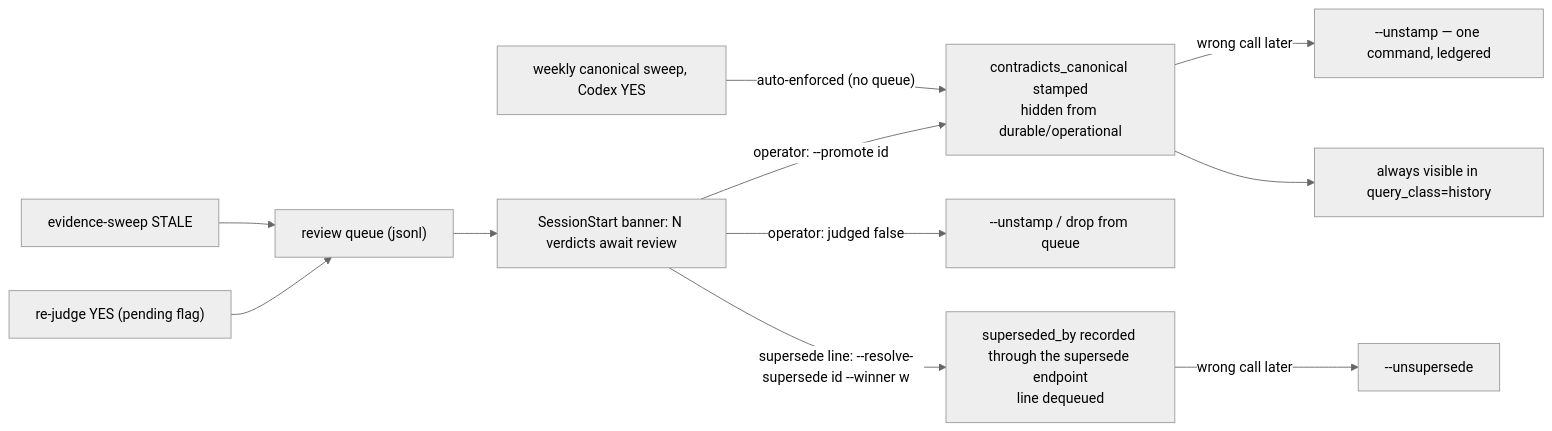
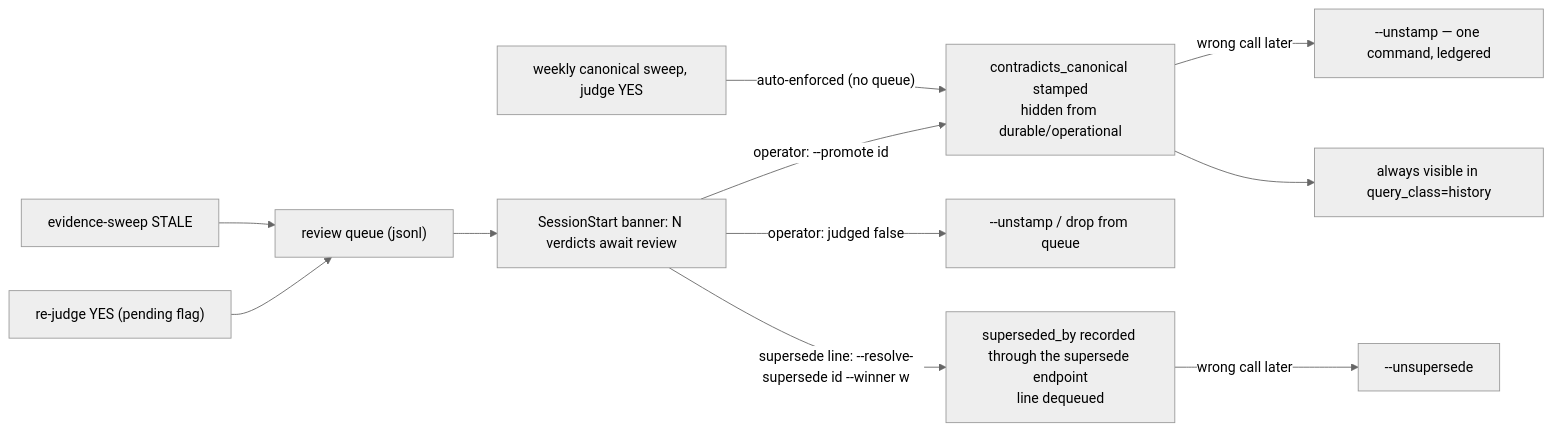
One commit to dmmdea/agentic-memory-stack-for-claude-code changed the diagram in docs/systems/reconciliation.md. Above: the diagram before and after it, drawn with Mermaid (neutral theme). The commit also changed other lines of this file and 70 other files, not shown here.

````diff
--- a/docs/systems/reconciliation.md
+++ b/docs/systems/reconciliation.md
@@ -60,13 +60,13 @@
 ```mermaid
 flowchart LR
     RJ["re-judge YES (pending flag)"] --> Q["review queue (jsonl)"]
     EV["evidence-sweep STALE"] --> Q
     Q --> B["SessionStart banner: N verdicts await review"]
     B -->|"operator: --promote id"| E["contradicts_canonical stamped<br/>hidden from durable/operational"]
     B -->|"operator: judged false"| U["--unstamp / drop from queue"]
     B -->|"supersede line: --resolve-supersede id --winner w"| SU["superseded_by recorded through the supersede endpoint<br/>line dequeued"]
     SU -->|"wrong call later"| U3["--unsupersede"]
-    W["weekly canonical sweep, Codex YES"] -->|"auto-enforced (no queue)"| E
+    W["weekly canonical sweep, judge YES"] -->|"auto-enforced (no queue)"| E
     E -->|"wrong call later"| U2["--unstamp — one command, ledgered"]
     E --> H["always visible in query_class=history"]
 ```
````
